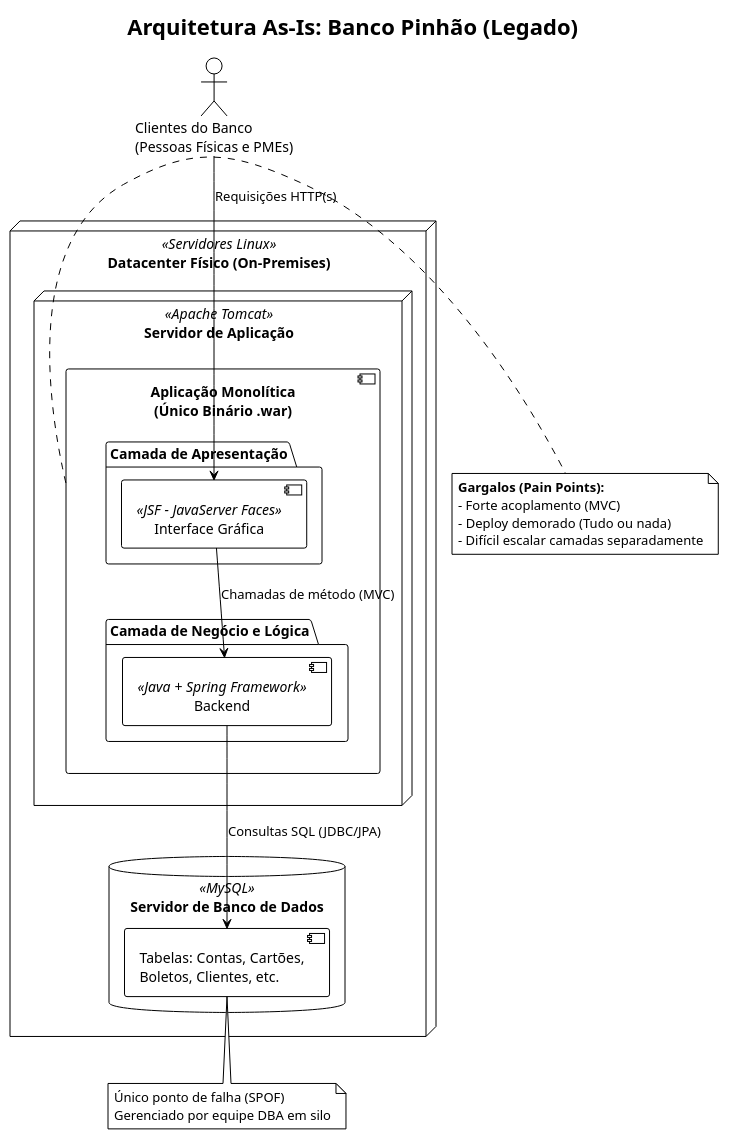
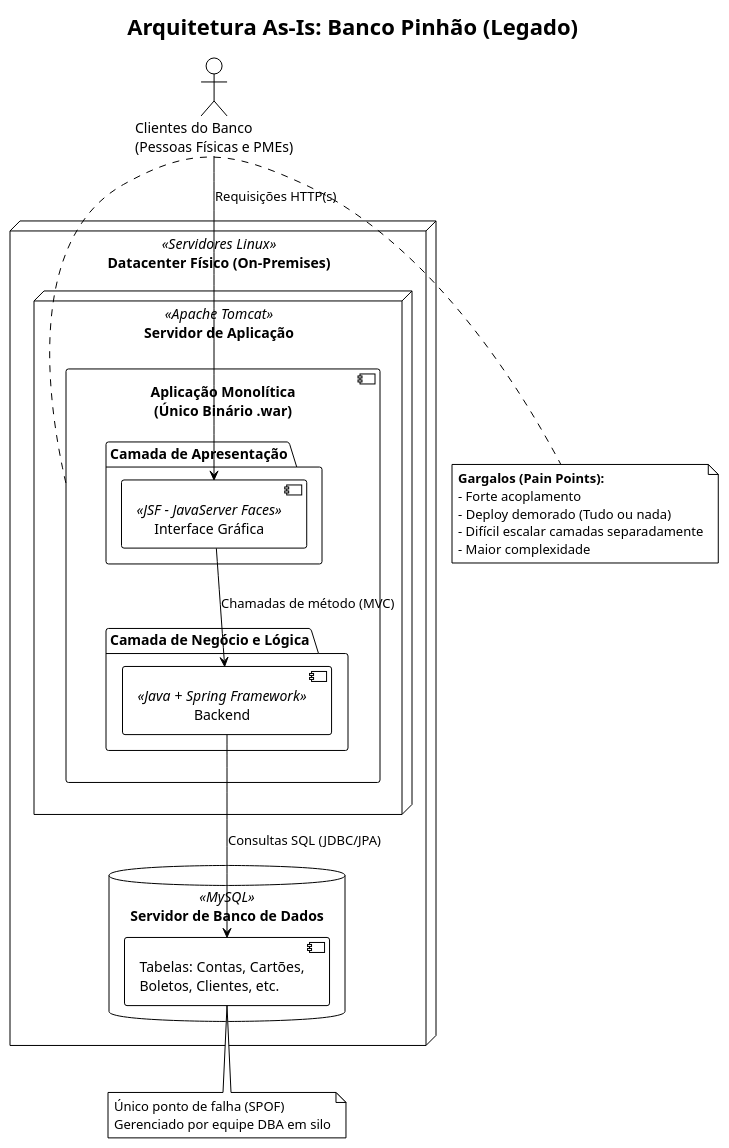
The first of 2 diagrams in README.md (daniel-apolinario/puc-microservices), drawn with PlantUML before and after one commit.

````diff
--- a/README.md
+++ b/README.md
@@ -6,57 +6,58 @@
 ```plantuml
 @startuml
 !theme plain
 skinparam componentStyle uml2
 
 <style>
 document {
   Padding 5
 }
 node {
   Padding 20
 }
 </style>
 
 title Arquitetura As-Is: Banco Pinhão (Legado)
 
 actor "Clientes do Banco\n(Pessoas Físicas e PMEs)" as Cliente
 
 node "Datacenter Físico (On-Premises)" <<Servidores Linux>> {
     
     node "Servidor de Aplicação" <<Apache Tomcat>> {
         
         component "Aplicação Monolítica\n(Único Binário .war)" as Monolito {
             
             package "Camada de Apresentação" {
                 [Interface Gráfica] <<JSF - JavaServer Faces>> as JSF
             }
             
             package "Camada de Negócio e Lógica" {
                 [Backend] <<Java + Spring Framework>> as Spring
             }
             
             JSF -down-> Spring : Chamadas de método (MVC)
         }
     }
     
     database "Servidor de Banco de Dados" <<MySQL>> {
         [Tabelas: Contas, Cartões,\nBoletos, Clientes, etc.] as BD
     }
 }
 
 Cliente -down-> JSF : Requisições HTTP(s)
 Spring -down-> BD : Consultas SQL (JDBC/JPA)
 
 note right of Monolito
   **Gargalos (Pain Points):**
-  - Forte acoplamento (MVC)
+  - Forte acoplamento
   - Deploy demorado (Tudo ou nada)
   - Difícil escalar camadas separadamente
+  - Maior complexidade
 end note
 
 note bottom of BD
   Único ponto de falha (SPOF)
   Gerenciado por equipe DBA em silo
 end note
 @enduml
 ```
````
